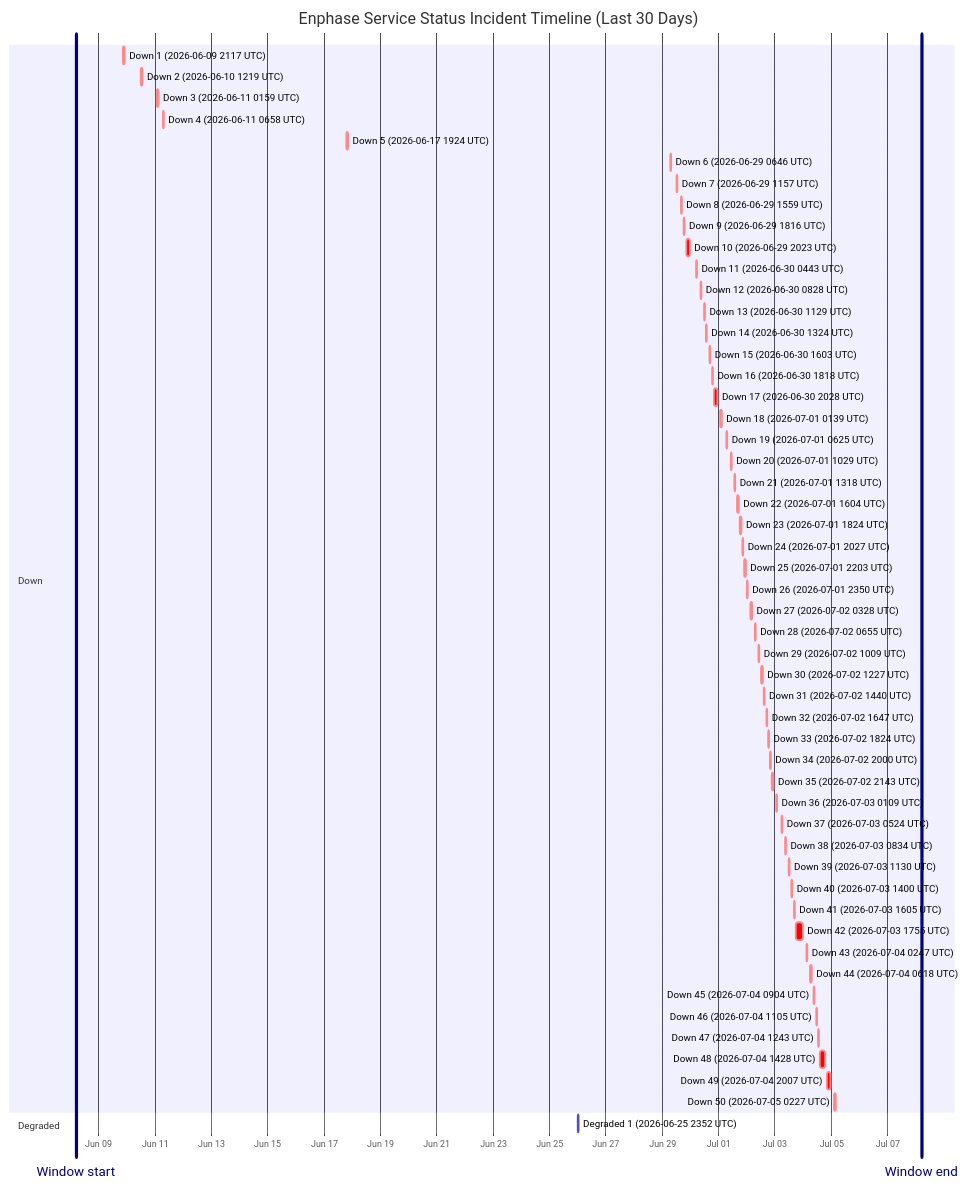
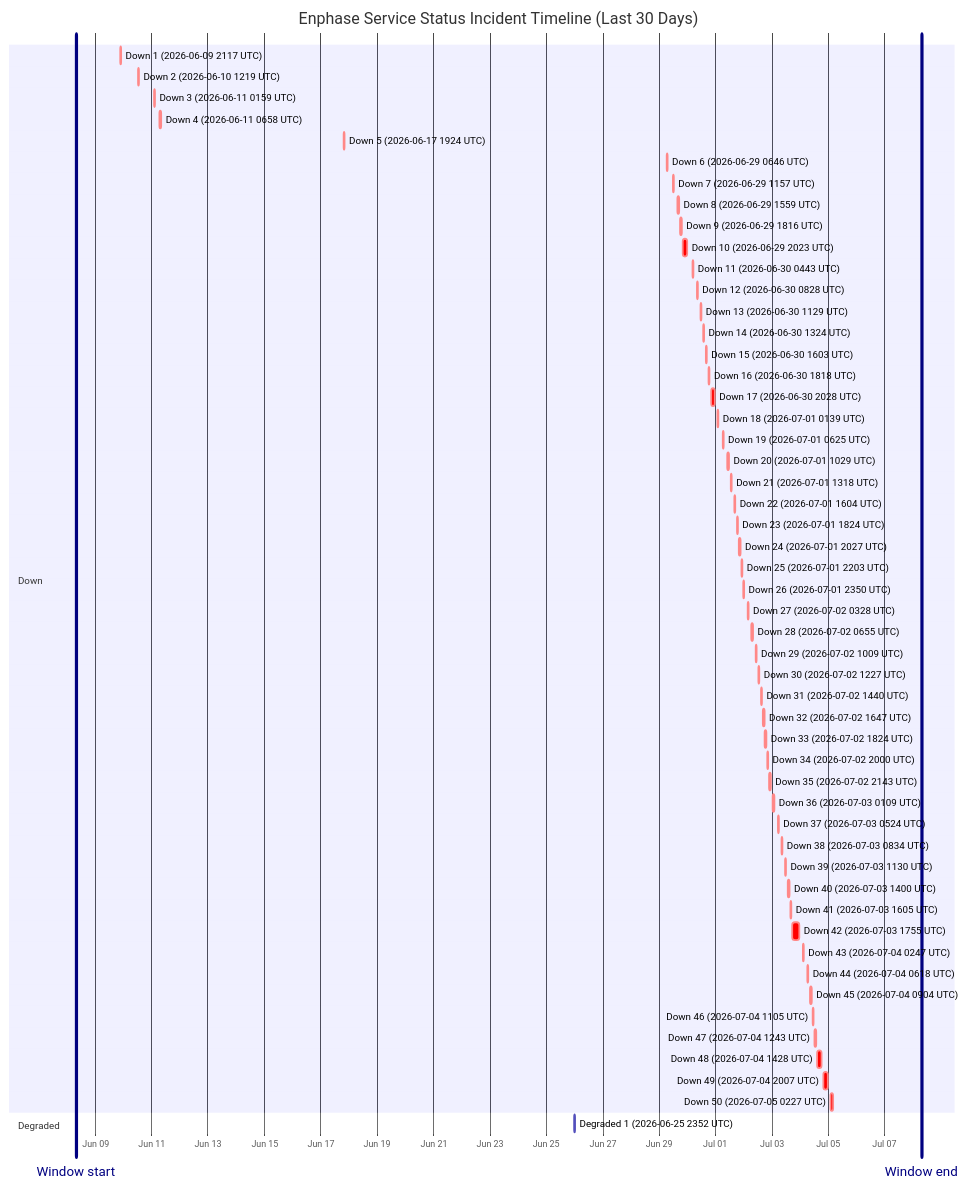
One commit to barneyonline/ha-enphase-energy changed the diagram in wiki/Service-Status-History.md. Above: the diagram before and after it, drawn with Mermaid. The commit also changed other lines of this file and 3 other files, not shown here.

````diff
--- a/wiki/Service-Status-History.md
+++ b/wiki/Service-Status-History.md
@@ -14,61 +14,61 @@
 ```mermaid
 gantt
     title Enphase Service Status Incident Timeline (Last 30 Days)
     dateFormat  YYYY-MM-DDTHH:mm:ss
     axisFormat  %b %d
-    Window start :vert, window-start, 2026-06-08T04:44:38, 0ms
-    Window end :vert, window-end, 2026-07-08T04:44:38, 0ms
+    Window start :vert, window-start, 2026-06-08T07:27:38, 0ms
+    Window end :vert, window-end, 2026-07-08T07:27:38, 0ms
     section Down
     Down 1 (2026-06-09 2117 UTC) :crit, down-1, 2026-06-09T21:17:17, 60m
     Down 2 (2026-06-10 1219 UTC) :crit, down-2, 2026-06-10T12:19:21, 60m
     Down 3 (2026-06-11 0159 UTC) :crit, down-3, 2026-06-11T01:59:36, 60m
     Down 4 (2026-06-11 0658 UTC) :crit, down-4, 2026-06-11T06:58:45, 60m
     Down 5 (2026-06-17 1924 UTC) :crit, down-5, 2026-06-17T19:24:51, 60m
     Down 6 (2026-06-29 0646 UTC) :crit, down-6, 2026-06-29T06:46:18, 60m
     Down 7 (2026-06-29 1157 UTC) :crit, down-7, 2026-06-29T11:57:36, 60m
     Down 8 (2026-06-29 1559 UTC) :crit, down-8, 2026-06-29T15:59:02, 60m
     Down 9 (2026-06-29 1816 UTC) :crit, down-9, 2026-06-29T18:16:38, 60m
     Down 10 (2026-06-29 2023 UTC) :crit, down-10, 2026-06-29T20:23:16, 220m
     Down 11 (2026-06-30 0443 UTC) :crit, down-11, 2026-06-30T04:43:54, 60m
     Down 12 (2026-06-30 0828 UTC) :crit, down-12, 2026-06-30T08:28:43, 60m
     Down 13 (2026-06-30 1129 UTC) :crit, down-13, 2026-06-30T11:29:15, 60m
     Down 14 (2026-06-30 1324 UTC) :crit, down-14, 2026-06-30T13:24:25, 60m
     Down 15 (2026-06-30 1603 UTC) :crit, down-15, 2026-06-30T16:03:26, 60m
     Down 16 (2026-06-30 1818 UTC) :crit, down-16, 2026-06-30T18:18:39, 60m
     Down 17 (2026-06-30 2028 UTC) :crit, down-17, 2026-06-30T20:28:54, 171m
     Down 18 (2026-07-01 0139 UTC) :crit, down-18, 2026-07-01T01:39:18, 60m
     Down 19 (2026-07-01 0625 UTC) :crit, down-19, 2026-07-01T06:25:35, 60m
     Down 20 (2026-07-01 1029 UTC) :crit, down-20, 2026-07-01T10:29:24, 60m
     Down 21 (2026-07-01 1318 UTC) :crit, down-21, 2026-07-01T13:18:31, 60m
     Down 22 (2026-07-01 1604 UTC) :crit, down-22, 2026-07-01T16:04:29, 60m
     Down 23 (2026-07-01 1824 UTC) :crit, down-23, 2026-07-01T18:24:21, 60m
     Down 24 (2026-07-01 2027 UTC) :crit, down-24, 2026-07-01T20:27:17, 60m
     Down 25 (2026-07-01 2203 UTC) :crit, down-25, 2026-07-01T22:03:46, 60m
     Down 26 (2026-07-01 2350 UTC) :crit, down-26, 2026-07-01T23:50:52, 60m
     Down 27 (2026-07-02 0328 UTC) :crit, down-27, 2026-07-02T03:28:33, 60m
     Down 28 (2026-07-02 0655 UTC) :crit, down-28, 2026-07-02T06:55:07, 60m
     Down 29 (2026-07-02 1009 UTC) :crit, down-29, 2026-07-02T10:09:15, 60m
     Down 30 (2026-07-02 1227 UTC) :crit, down-30, 2026-07-02T12:27:49, 60m
     Down 31 (2026-07-02 1440 UTC) :crit, down-31, 2026-07-02T14:40:53, 60m
     Down 32 (2026-07-02 1647 UTC) :crit, down-32, 2026-07-02T16:47:47, 60m
     Down 33 (2026-07-02 1824 UTC) :crit, down-33, 2026-07-02T18:24:26, 60m
     Down 34 (2026-07-02 2000 UTC) :crit, down-34, 2026-07-02T20:00:57, 60m
     Down 35 (2026-07-02 2143 UTC) :crit, down-35, 2026-07-02T21:43:52, 80m
     Down 36 (2026-07-03 0109 UTC) :crit, down-36, 2026-07-03T01:09:19, 60m
     Down 37 (2026-07-03 0524 UTC) :crit, down-37, 2026-07-03T05:24:23, 60m
     Down 38 (2026-07-03 0834 UTC) :crit, down-38, 2026-07-03T08:34:05, 60m
     Down 39 (2026-07-03 1130 UTC) :crit, down-39, 2026-07-03T11:30:41, 60m
     Down 40 (2026-07-03 1400 UTC) :crit, down-40, 2026-07-03T14:00:48, 60m
     Down 41 (2026-07-03 1605 UTC) :crit, down-41, 2026-07-03T16:05:49, 60m
     Down 42 (2026-07-03 1755 UTC) :crit, down-42, 2026-07-03T17:55:54, 338m
     Down 43 (2026-07-04 0247 UTC) :crit, down-43, 2026-07-04T02:47:22, 60m
     Down 44 (2026-07-04 0618 UTC) :crit, down-44, 2026-07-04T06:18:09, 60m
     Down 45 (2026-07-04 0904 UTC) :crit, down-45, 2026-07-04T09:04:41, 60m
     Down 46 (2026-07-04 1105 UTC) :crit, down-46, 2026-07-04T11:05:21, 60m
     Down 47 (2026-07-04 1243 UTC) :crit, down-47, 2026-07-04T12:43:25, 60m
     Down 48 (2026-07-04 1428 UTC) :crit, down-48, 2026-07-04T14:28:07, 243m
     Down 49 (2026-07-04 2007 UTC) :crit, down-49, 2026-07-04T20:07:50, 206m
     Down 50 (2026-07-05 0227 UTC) :crit, down-50, 2026-07-05T02:27:32, 109m
     section Degraded
     Degraded 1 (2026-06-25 2352 UTC) :active, degraded-1, 2026-06-25T23:52:01, 60m
 ```
````
